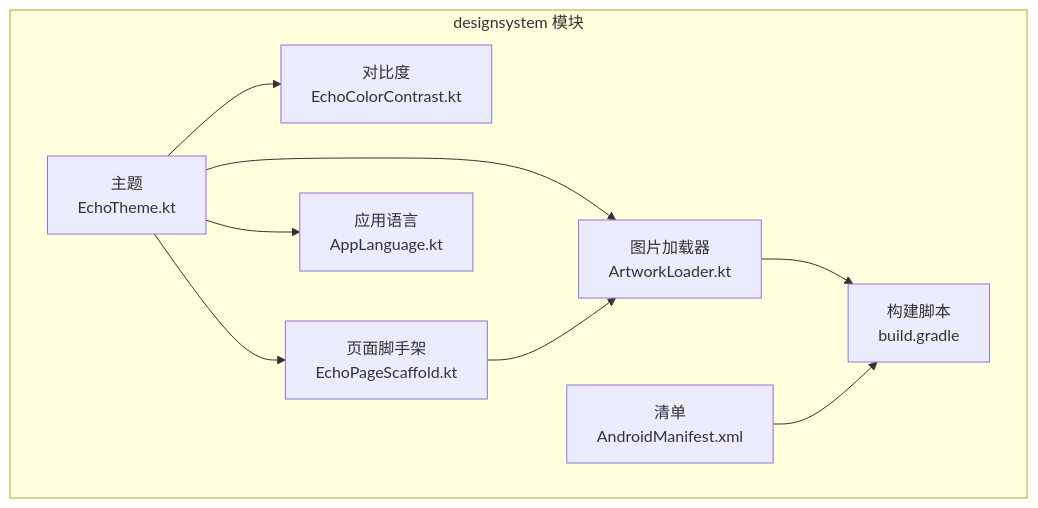
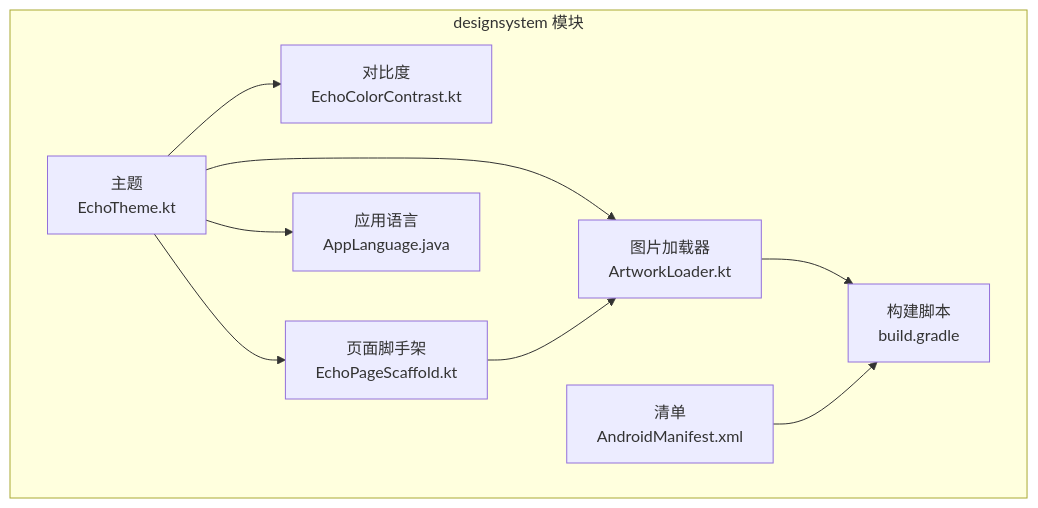
The first of 8 diagrams in .qoder/repowiki/zh/content/核心模块/设计系统模块 (core_designsystem).md (ysyhlly/Yukine-android), drawn with Mermaid before and after one commit. The commit also changed other lines of this file and 158 other files, not shown here.

````diff
--- a/.qoder/repowiki/zh/content/核心模块/设计系统模块 (core_designsystem).md
+++ b/.qoder/repowiki/zh/content/核心模块/设计系统模块 (core_designsystem).md
@@ -35,19 +44,19 @@
 ```mermaid
 graph TB
 subgraph "designsystem 模块"
 A["主题<br/>EchoTheme.kt"]
 B["对比度<br/>EchoColorContrast.kt"]
 C["页面脚手架<br/>EchoPageScaffold.kt"]
 D["图片加载器<br/>ArtworkLoader.kt"]
-E["应用语言<br/>AppLanguage.kt"]
+E["应用语言<br/>AppLanguage.java"]
 F["清单<br/>AndroidManifest.xml"]
 G["构建脚本<br/>build.gradle"]
 end
 A --> B
 A --> C
 A --> D
 A --> E
 C --> D
 D --> G
 F --> G
 ```
````
